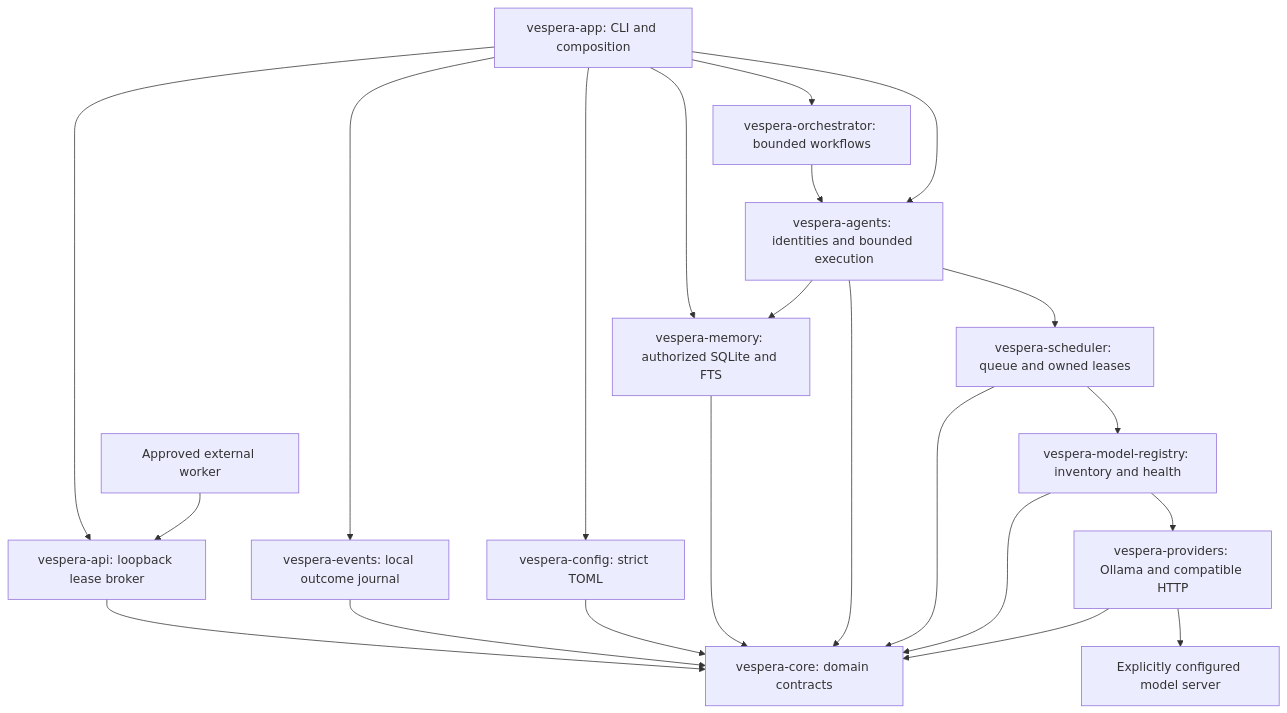
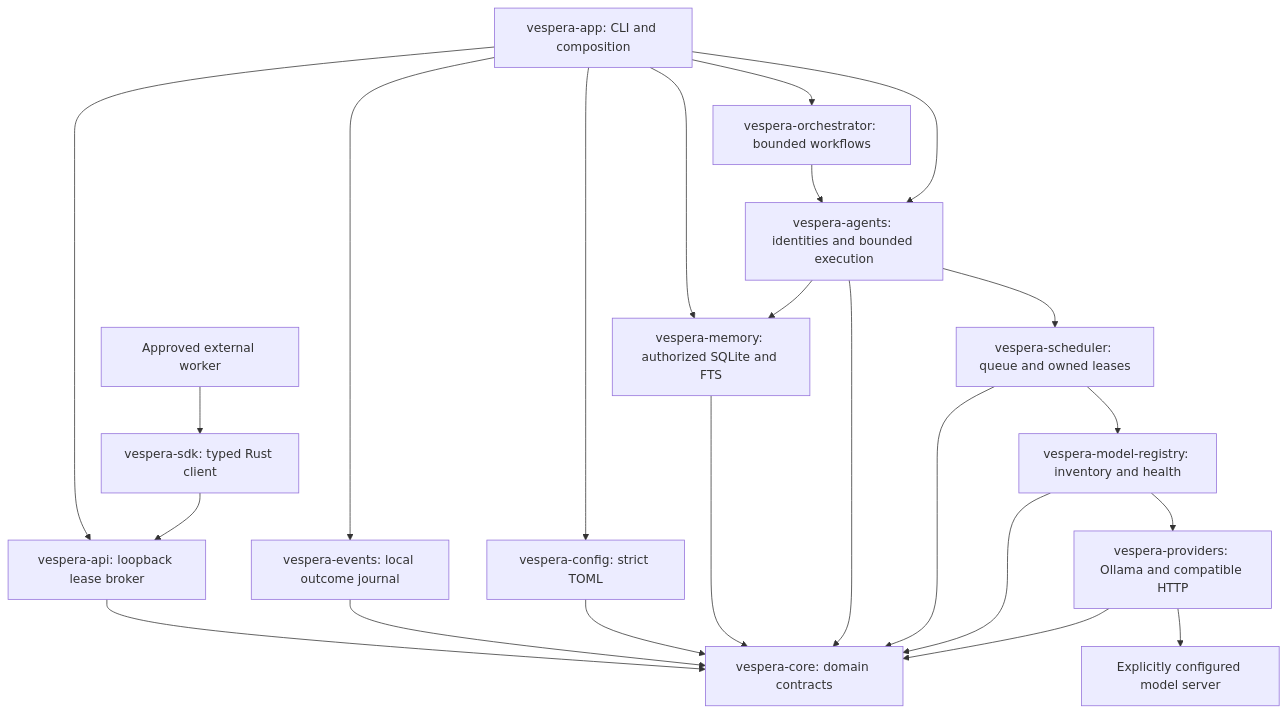
One commit to ShamelesAbyss/Vespera changed the diagram in README.md. Above: the diagram before and after it, drawn with Mermaid. The commit also changed other lines of this file and 13 other files, not shown here.

Commit message:
feat: add typed Rust SDK for the signed worker API

````diff
--- a/README.md
+++ b/README.md
@@ -11,24 +11,25 @@
 ```mermaid
 flowchart TD
     CLI[vespera-app: CLI and composition] --> Config[vespera-config: strict TOML]
     CLI --> Memory
     CLI --> Broker[vespera-api: loopback lease broker]
-    Worker[Approved external worker] --> Broker
+    Worker[Approved external worker] --> SDK[vespera-sdk: typed Rust client]
+    SDK --> Broker
     Broker --> Core
     CLI --> Journal[vespera-events: local outcome journal]
     Journal --> Core
     CLI --> Orchestrator[vespera-orchestrator: bounded workflows]
     Orchestrator --> Agents
     CLI --> Agents[vespera-agents: identities and bounded execution]
     Agents --> Scheduler[vespera-scheduler: queue and owned leases]
     Scheduler --> Registry[vespera-model-registry: inventory and health]
     Registry --> Providers[vespera-providers: Ollama and compatible HTTP]
     Providers --> Backend[Explicitly configured model server]
     Config --> Core[vespera-core: domain contracts]
     Agents --> Memory[vespera-memory: authorized SQLite and FTS]
     Memory --> Core
     Agents --> Core
     Scheduler --> Core
     Registry --> Core
     Providers --> Core
 ```
````
